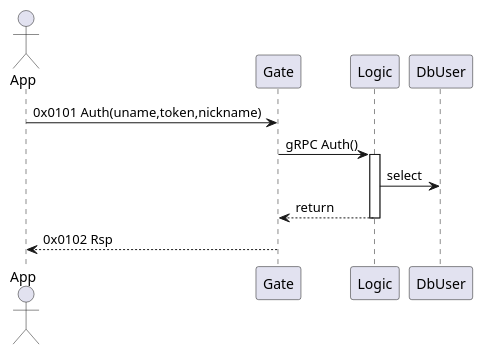
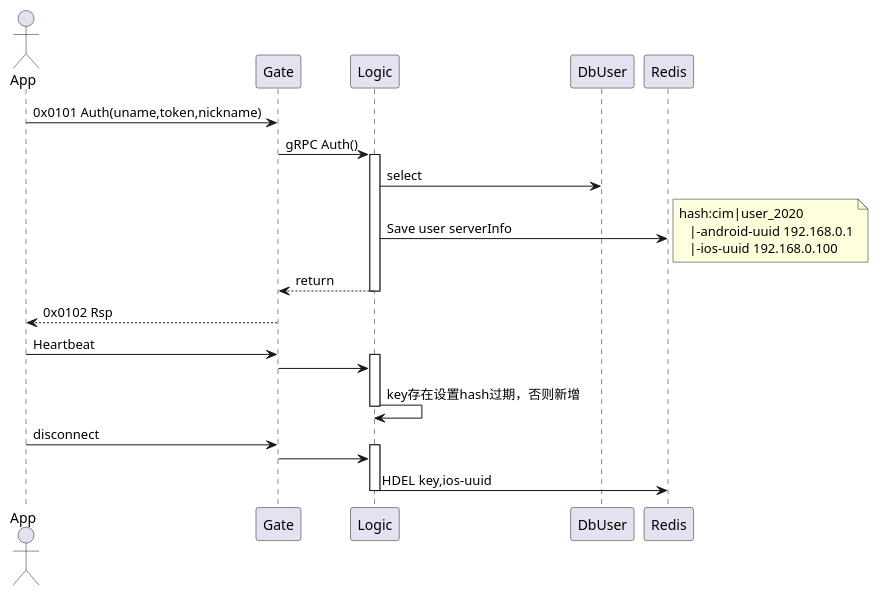
The first of 2 diagrams in server/src/api/auth.puml (xmcy0011/CoffeeChat), drawn with PlantUML before and after one commit. The commit also changed 29 other files, not shown here.

```diff
--- a/server/src/api/auth.puml
+++ b/server/src/api/auth.puml
@@ -2,13 +2,31 @@
 @startuml
 actor App
 
 App -> Gate: 0x0101 Auth(uname,token,nickname)
 Gate -> Logic: gRPC Auth()
 activate Logic
 
 Logic -> DbUser: select
+Logic -> Redis: Save user serverInfo
+note right
+  hash:cim|user_2020
+     |-android-uuid 192.168.0.1
+     |-ios-uuid 192.168.0.100
+end note
 Logic --> Gate: return
 deactivate Logic
 
 Gate --> App: 0x0102 Rsp
+
+App -> Gate: Heartbeat
+activate Logic
+Gate -> Logic:
+Logic -> Logic: key存在设置hash过期，否则新增
+deactivate Logic
+
+App -> Gate: disconnect
+activate Logic
+Gate -> Logic:
+Logic -> Redis: HDEL key,ios-uuid
+deactivate Logic
 @enduml
```
